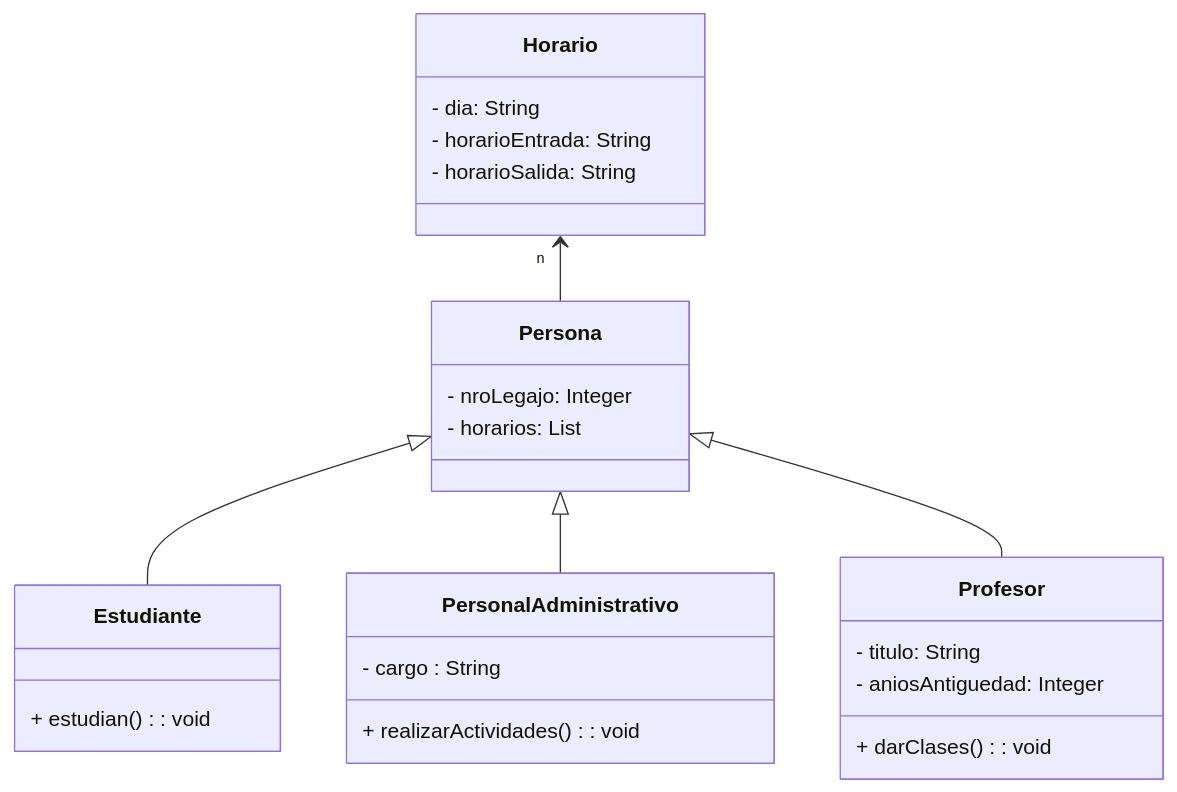
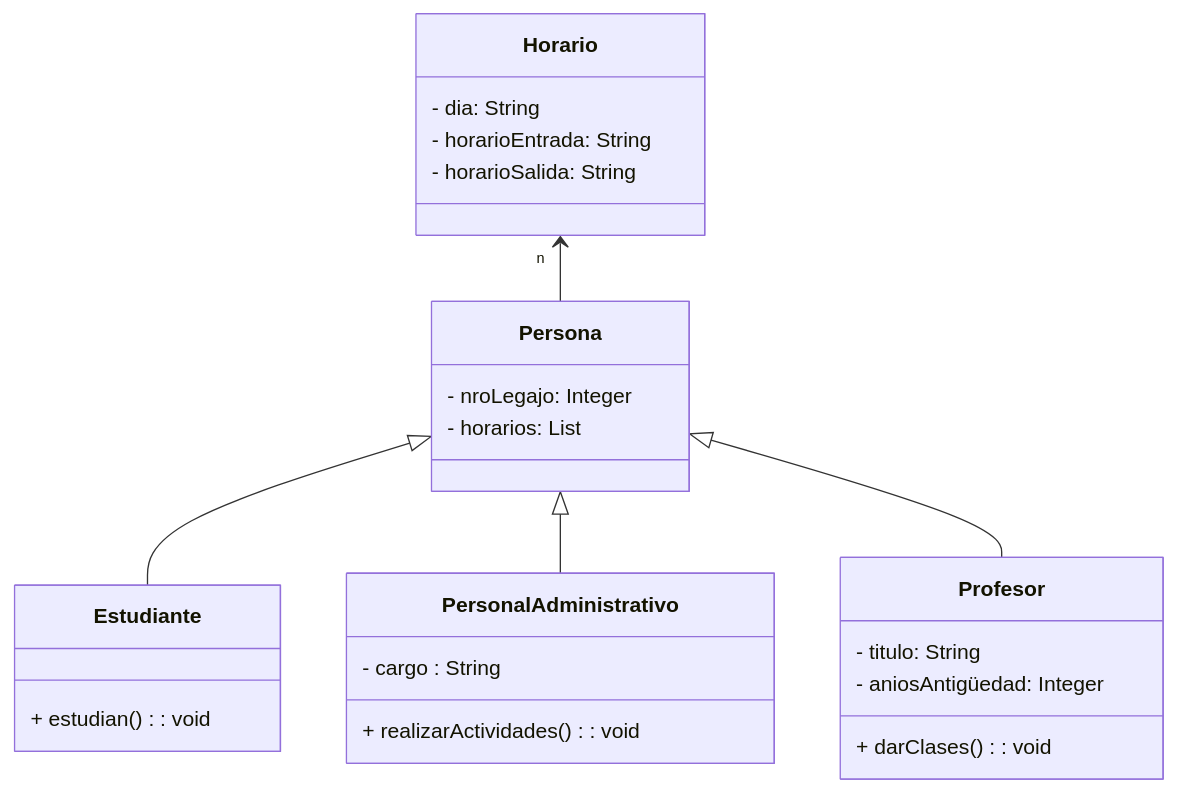
Diagram 16 of 20 in programacion_orientada_a_objetos/poo.md (PaulaLucero2021/course_digitalhouse), drawn with Mermaid before and after one commit. The commit also changed other lines of this file and 23 other files, not shown here.

````diff
--- a/programacion_orientada_a_objetos/poo.md
+++ b/programacion_orientada_a_objetos/poo.md
@@ -2670,31 +3127,31 @@
 ```mermaid
 classDiagram
 direction TB
 
 class Horario {
     - dia: String
     - horarioEntrada: String
     - horarioSalida: String
 }
 class Persona {
     - nroLegajo: Integer
     - horarios: List<Horario>
 }
 class Estudiante {
     + estudian(): void
 }
 class PersonalAdministrativo {
     - cargo : String
     + realizarActividades(): void
 }
 class Profesor {
     - titulo: String
-    - aniosAntiguedad: Integer
+    - aniosAntigüedad: Integer
     + darClases(): void
 }
 
 Horario "n" <-- Persona
 Persona <|-- Estudiante
 Persona <|-- PersonalAdministrativo
 Persona <|-- Profesor
 ```
````
